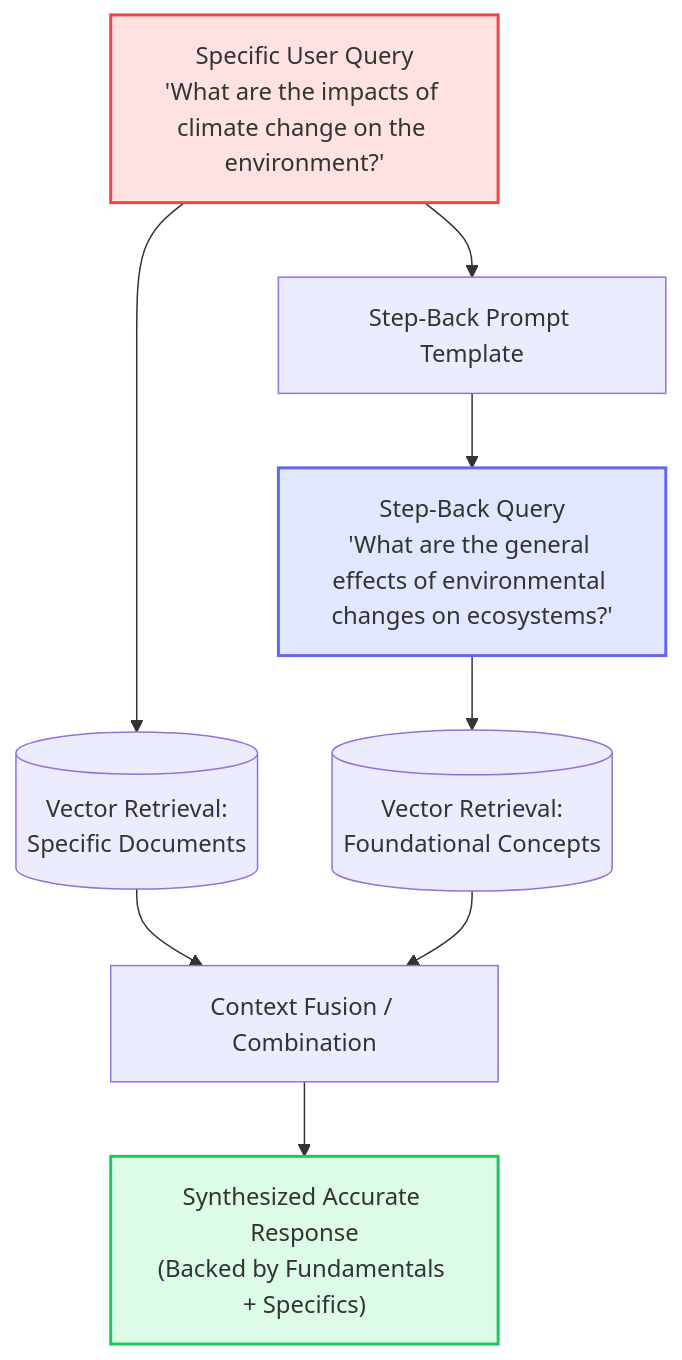
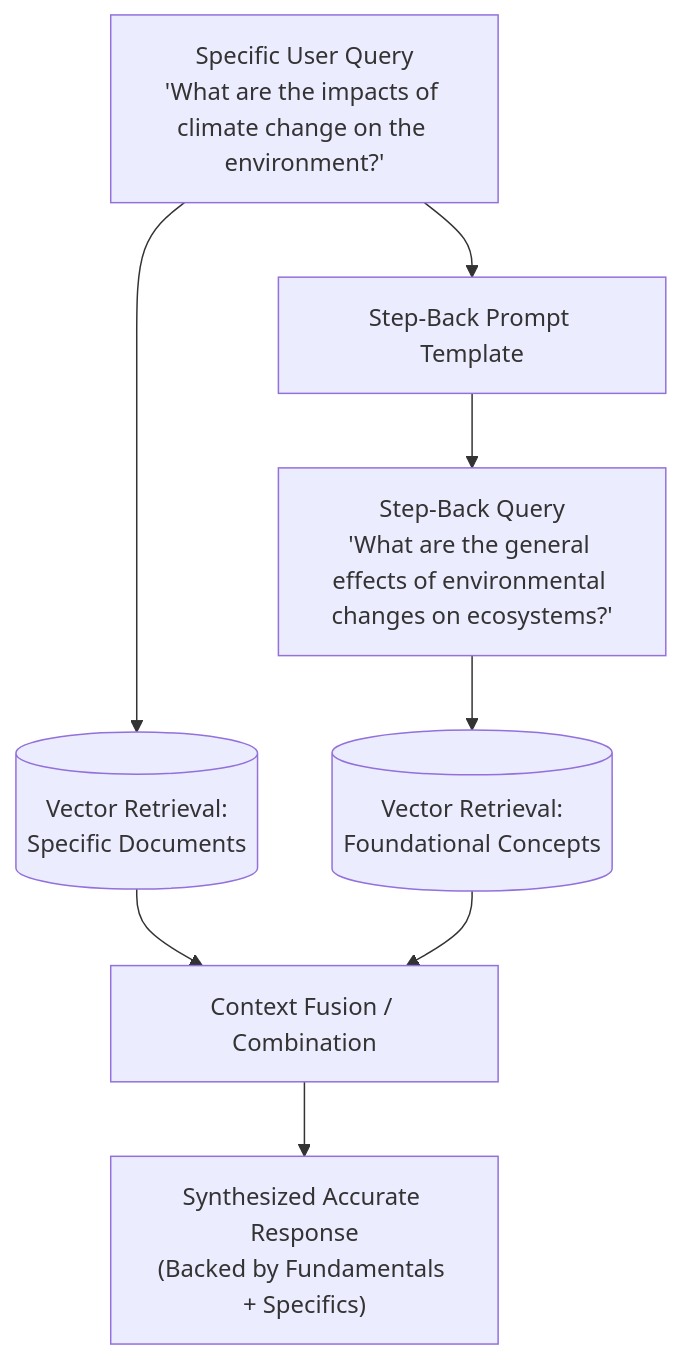
One commit to d-hackmt/query-transformations changed the diagram in docs/02_step_back_prompting.md. Above: the diagram before and after it, drawn with Mermaid. The commit also changed 9 other files, not shown here.

Commit message:
style: remove hardcoded colors from all mermaid diagrams for clean native theme rendering

````diff
--- a/docs/02_step_back_prompting.md
+++ b/docs/02_step_back_prompting.md
@@ -29,17 +29,14 @@
 ```mermaid
 flowchart TD
     UserQuery["Specific User Query<br/>'What are the impacts of climate change on the environment?'"] --> StepBackLLM["Step-Back Prompt Template"]
     StepBackLLM --> StepBackQuery["Step-Back Query<br/>'What are the general effects of environmental changes on ecosystems?'"]
     
     UserQuery --> Ret1[("Vector Retrieval:<br/>Specific Documents")]
     StepBackQuery --> Ret2[("Vector Retrieval:<br/>Foundational Concepts")]
     
     Ret1 --> Merger["Context Fusion / Combination"]
     Ret2 --> Merger
     
     Merger --> FinalLLM["Synthesized Accurate Response<br/>(Backed by Fundamentals + Specifics)"]
     
-    style UserQuery fill:#fee2e2,stroke:#ef4444,stroke-width:2px
-    style StepBackQuery fill:#e0e7ff,stroke:#6366f1,stroke-width:2px
-    style FinalLLM fill:#dcfce7,stroke:#22c55e,stroke-width:2px
 ```
````
